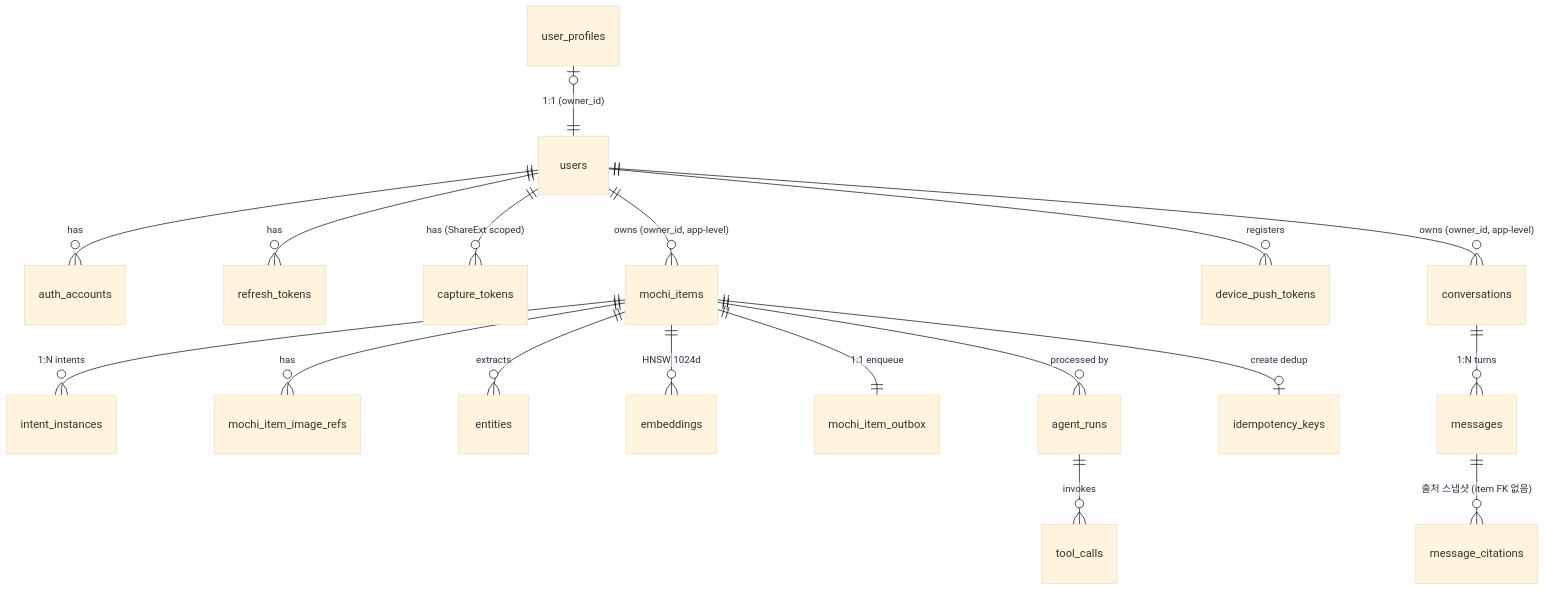
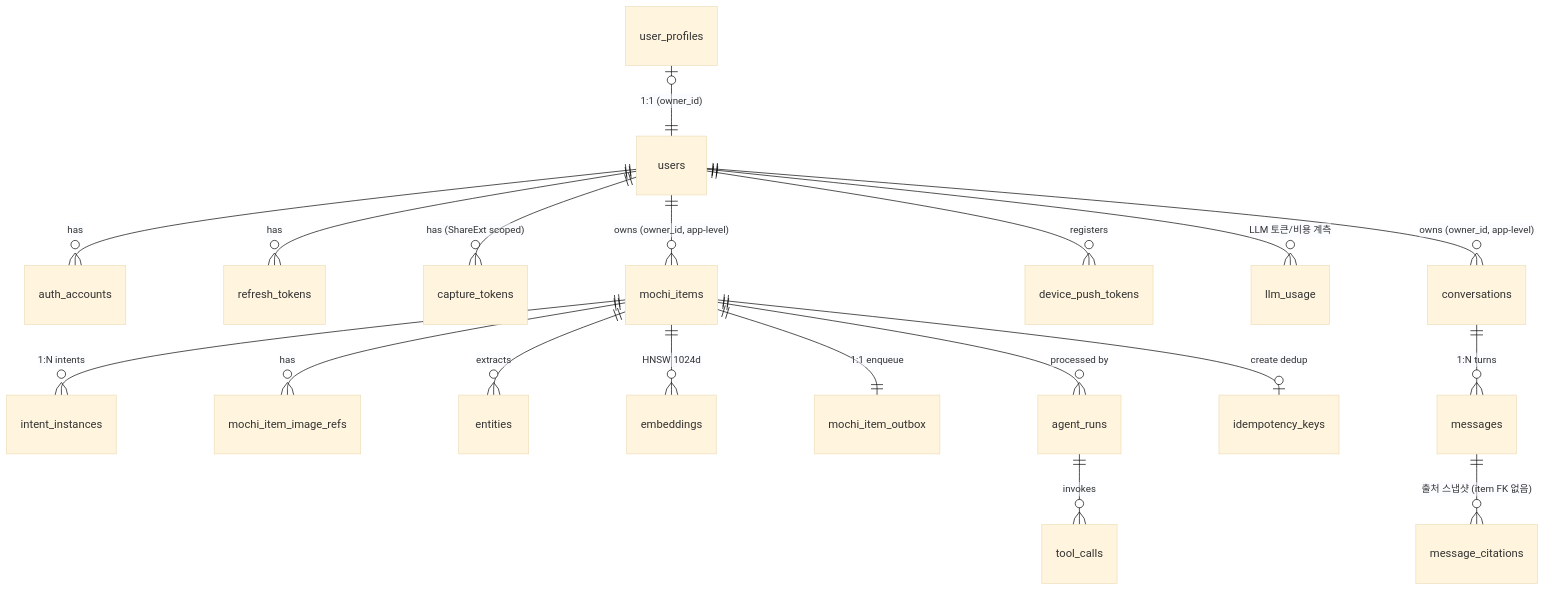
The diagram in docs/DOMAIN_DESIGN.md (dku-mochi/mochi), drawn with Mermaid (base theme) before and after one commit. The commit also changed other lines of this file and 14 other files, not shown here.

````diff
--- a/docs/DOMAIN_DESIGN.md
+++ b/docs/DOMAIN_DESIGN.md
@@ -90,22 +90,23 @@
 ```mermaid
 erDiagram
     users ||--o{ auth_accounts : has
     users ||--o{ refresh_tokens : has
     users ||--o{ capture_tokens : "has (ShareExt scoped)"
     users ||--o{ mochi_items : "owns (owner_id, app-level)"
     users ||--o{ device_push_tokens : registers
     user_profiles |o--|| users : "1:1 (owner_id)"
 
     mochi_items ||--o{ intent_instances : "1:N intents"
     mochi_items ||--o{ mochi_item_image_refs : has
     mochi_items ||--o{ entities : extracts
     mochi_items ||--o{ embeddings : "HNSW 1024d"
     mochi_items ||--|| mochi_item_outbox : "1:1 enqueue"
     mochi_items ||--o{ agent_runs : "processed by"
     agent_runs  ||--o{ tool_calls : invokes
     mochi_items ||--o| idempotency_keys : "create dedup"
+    users ||--o{ llm_usage : "LLM 토큰/비용 계측"
 
     users ||--o{ conversations : "owns (owner_id, app-level)"
     conversations ||--o{ messages : "1:N turns"
     messages ||--o{ message_citations : "출처 스냅샷 (item FK 없음)"
 ```
````
